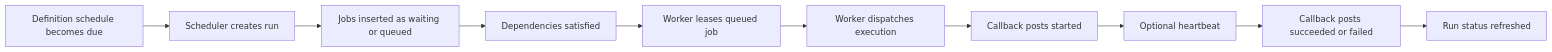
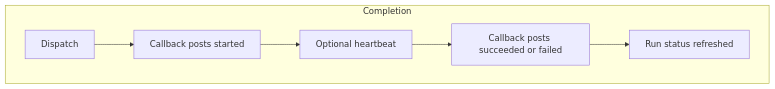
Before and after one commit to edkuperman/chronosched: the fifth of 6 diagrams in README.md, drawn with Mermaid. The commit also changed other lines of this file, not shown here.

Commit message:
- Modified README.md - split job execution lifecycle for readability

````diff
--- a/README.md
+++ b/README.md
@@ -243,12 +262,10 @@
 ```mermaid
 flowchart LR
-    Due[Definition schedule becomes due] --> Scheduler[Scheduler creates run]
-    Scheduler --> Waiting[Jobs inserted as waiting or queued]
-    Waiting --> Ready[Dependencies satisfied]
-    Ready --> Lease[Worker leases queued job]
-    Lease --> Dispatch[Worker dispatches execution]
-    Dispatch --> Started[Callback posts started]
-    Started --> Heartbeat[Optional heartbeat]
-    Heartbeat --> Done[Callback posts succeeded or failed]
-    Done --> Refresh[Run status refreshed]
+    subgraph Phase3 [Completion]
+        direction LR
+        Dispatch --> Started[Callback posts started]
+        Started --> Heartbeat[Optional heartbeat]
+        Heartbeat --> Done[Callback posts succeeded or failed]
+        Done --> Refresh[Run status refreshed]
+    end
 ```
````
